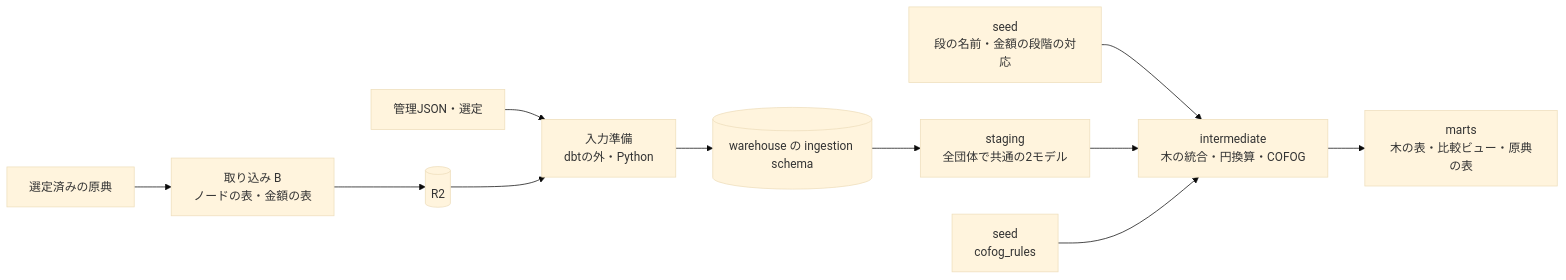
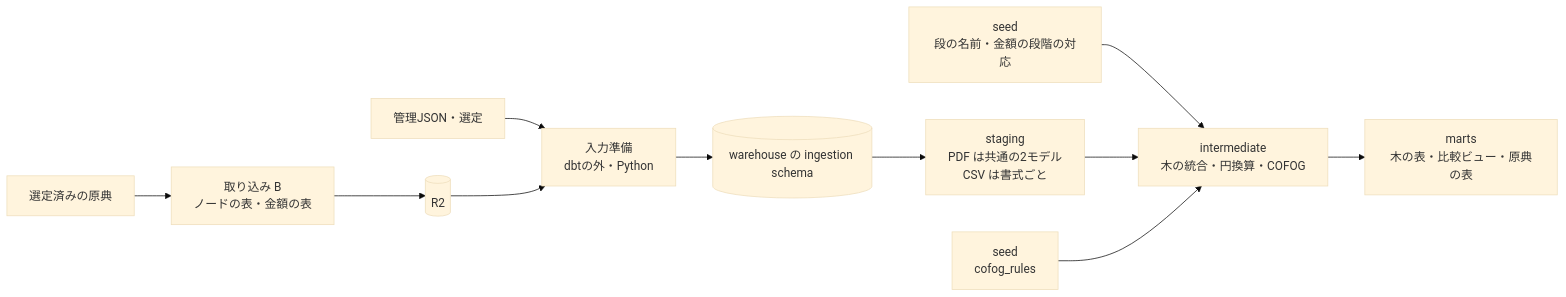
One commit to fudoki-hensansitu/fudoki changed the first of 2 diagrams in docs/prd/fiscal-dbt-models/design-doc.md. Above: the diagram before and after it, drawn with Mermaid (base theme). The commit also changed other lines of this file and 6 other files, not shown here.

````diff
--- a/docs/prd/fiscal-dbt-models/design-doc.md
+++ b/docs/prd/fiscal-dbt-models/design-doc.md
@@ -80,13 +80,13 @@
 ```mermaid
 flowchart LR
   A[選定済みの原典] --> B[取り込み B<br/>ノードの表・金額の表]
   B --> R[(R2)]
   M[管理JSON・選定] --> P[入力準備<br/>dbtの外・Python]
   R --> P
   P --> I[(warehouse の ingestion schema)]
-  I --> S[staging<br/>全団体で共通の2モデル]
+  I --> S[staging<br/>PDF は共通の2モデル<br/>CSV は書式ごと]
   D[seed<br/>段の名前・金額の段階の対応] --> N
   S --> N[intermediate<br/>木の統合・円換算・COFOG]
   E[seed<br/>cofog_rules] --> N
   N --> T[marts<br/>木の表・比較ビュー・原典の表]
 ```
````
